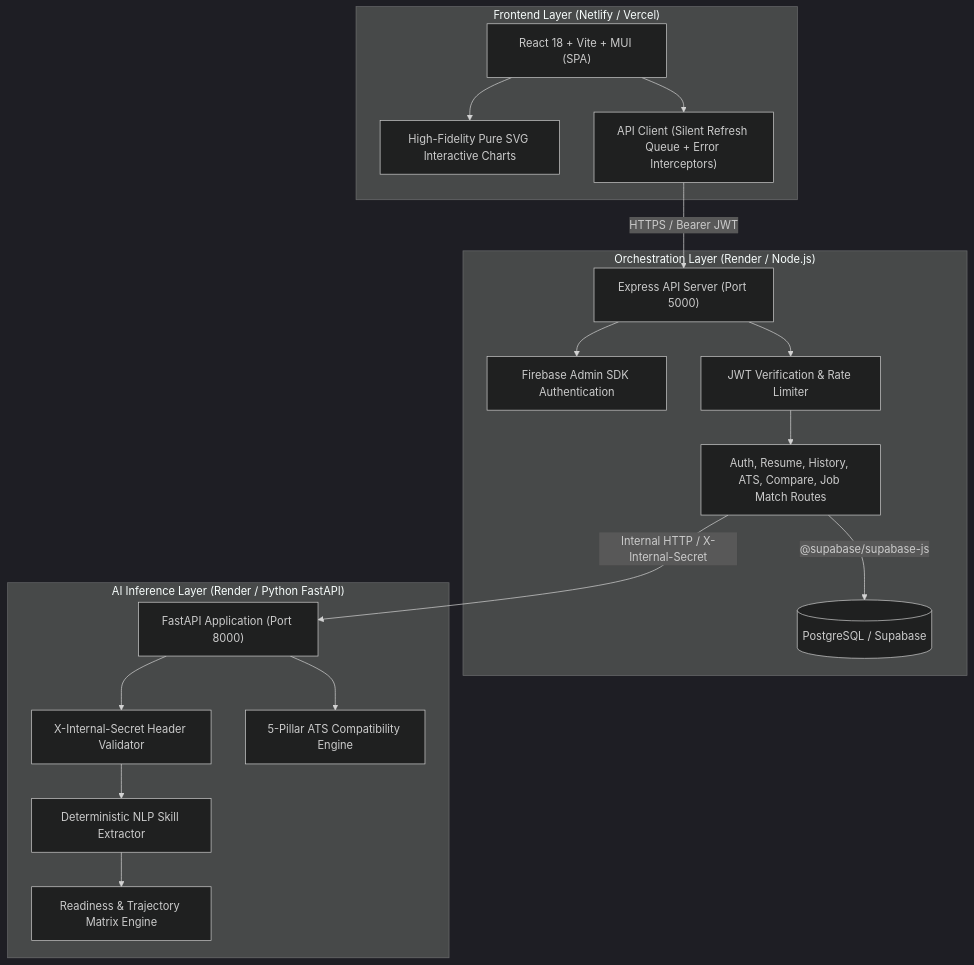
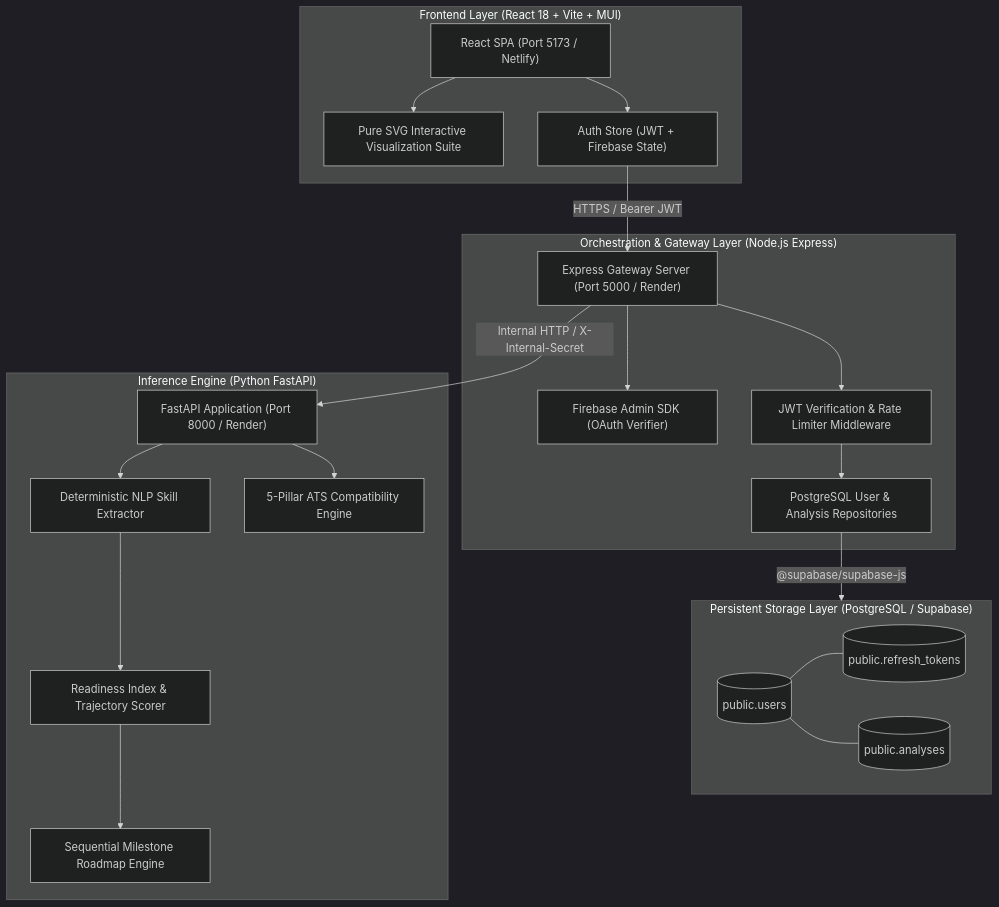
The first of 3 diagrams in README.md (kirtan597/Futrix-Ai), drawn with Mermaid (dark theme) before and after one commit. The commit also changed other lines of this file, not shown here.

Commit message:
docs: upgrade README with PostgreSQL Supabase architecture, ER diagrams, and visual flows

````diff
--- a/README.md
+++ b/README.md
@@ -37,37 +38,44 @@
 ```mermaid
 flowchart TD
-    subgraph Client ["Frontend Layer (Netlify / Vercel)"]
-        UI["React 18 + Vite + MUI (SPA)"]
-        Charts["High-Fidelity Pure SVG Interactive Charts"]
-        Axios["API Client (Silent Refresh Queue + Error Interceptors)"]
+    subgraph ClientLayer ["Frontend Layer (React 18 + Vite + MUI)"]
+        SPA["React SPA (Port 5173 / Netlify)"]
+        Charts["Pure SVG Interactive Visualization Suite"]
+        AuthStore["Auth Store (JWT + Firebase State)"]
     end
 
-    subgraph Gateway ["Orchestration Layer (Render / Node.js)"]
-        NodeServer["Express API Server (Port 5000)"]
-        FirebaseSDK["Firebase Admin SDK Authentication"]
-        AuthMiddleware["JWT Verification & Rate Limiter"]
-        UserRouter["Auth, Resume, History, ATS, Compare, Job Match Routes"]
-        Postgres[("PostgreSQL / Supabase")]
+    subgraph GatewayLayer ["Orchestration & Gateway Layer (Node.js Express)"]
+        NodeAPI["Express Gateway Server (Port 5000 / Render)"]
+        FirebaseAuth["Firebase Admin SDK (OAuth Verifier)"]
+        AuthGuard["JWT Verification & Rate Limiter Middleware"]
+        UserRepo["PostgreSQL User & Analysis Repositories"]
     end
 
-    subgraph Engine ["AI Inference Layer (Render / Python FastAPI)"]
-        FastAPIServer["FastAPI Application (Port 8000)"]
-        InternalAuth["X-Internal-Secret Header Validator"]
-        NLP["Deterministic NLP Skill Extractor"]
-        ATS["5-Pillar ATS Compatibility Engine"]
-        Scorer["Readiness & Trajectory Matrix Engine"]
+    subgraph DatabaseLayer ["Persistent Storage Layer (PostgreSQL / Supabase)"]
+        UsersTable[("public.users")]
+        TokensTable[("public.refresh_tokens")]
+        AnalysesTable[("public.analyses")]
     end
 
-    UI --> Charts
-    UI --> Axios
-    Axios -- "HTTPS / Bearer JWT" --> NodeServer
-    NodeServer --> FirebaseSDK
-    NodeServer --> AuthMiddleware
-    AuthMiddleware --> UserRouter
-    UserRouter -- "@supabase/supabase-js" --> Postgres
-    UserRouter -- "Internal HTTP / X-Internal-Secret" --> FastAPIServer
-    FastAPIServer --> InternalAuth
-    InternalAuth --> NLP
+    subgraph InferenceLayer ["Inference Engine (Python FastAPI)"]
+        FastAPIServer["FastAPI Application (Port 8000 / Render)"]
+        NLP["Deterministic NLP Skill Extractor"]
+        ATS5["5-Pillar ATS Compatibility Engine"]
+        Scorer["Readiness Index & Trajectory Scorer"]
+        RoadmapGen["Sequential Milestone Roadmap Engine"]
+    end
+
+    SPA --> Charts
+    SPA --> AuthStore
+    AuthStore -- "HTTPS / Bearer JWT" --> NodeAPI
+    NodeAPI --> FirebaseAuth
+    NodeAPI --> AuthGuard
+    AuthGuard --> UserRepo
+    UserRepo -- "@supabase/supabase-js" --> DatabaseLayer
+    UsersTable --- TokensTable
+    UsersTable --- AnalysesTable
+    NodeAPI -- "Internal HTTP / X-Internal-Secret" --> FastAPIServer
+    FastAPIServer --> NLP
+    FastAPIServer --> ATS5
     NLP --> Scorer
-    FastAPIServer --> ATS
+    Scorer --> RoadmapGen
 ```
````
